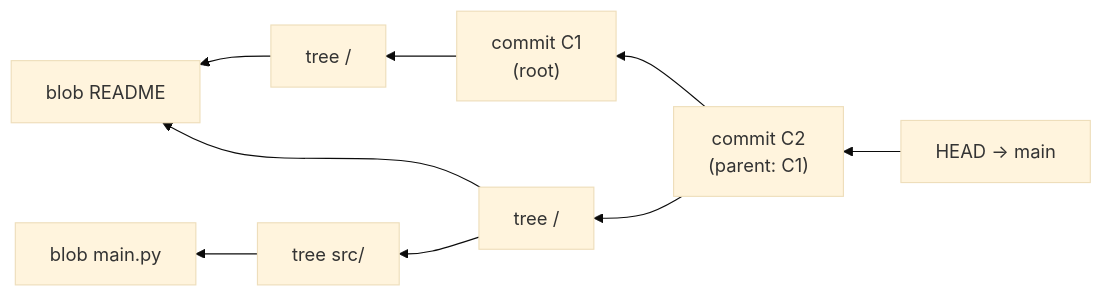
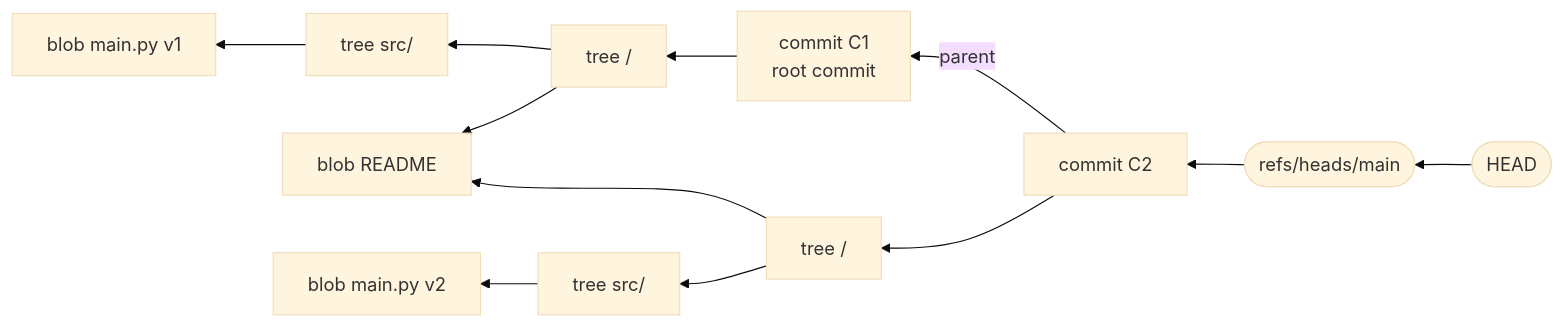
The second of 4 diagrams in github-pages/docs/technology/git/object-model.md (AndrewAltimit/Documentation), drawn with Mermaid (base theme) before and after one commit. The commit also changed other lines of this file and 240 other files, not shown here.

````diff
--- a/github-pages/docs/technology/git/object-model.md
+++ b/github-pages/docs/technology/git/object-model.md
@@ -30,11 +157,14 @@
 ```mermaid
 flowchart RL
-    C2["commit C2<br/>(parent: C1)"] --> C1["commit C1<br/>(root)"]
+    HEAD(["HEAD"]) --> MAIN(["refs/heads/main"])
+    MAIN --> C2
+    C2["commit C2"] -->|parent| C1["commit C1<br/>root commit"]
     C2 --> T2["tree /"]
     C1 --> T1["tree /"]
-    T2 --> Bsrc["tree src/"]
-    T2 --> Breadme["blob README"]
-    Bsrc --> Bmain["blob main.py"]
-    T1 --> Breadme
-    HEAD["HEAD → main"] --> C2
+    T2 --> S2["tree src/"]
+    T1 --> S1["tree src/"]
+    T2 --> R["blob README"]
+    T1 --> R
+    S2 --> M2["blob main.py v2"]
+    S1 --> M1["blob main.py v1"]
 ```
````
